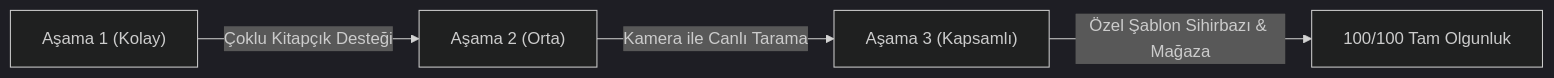
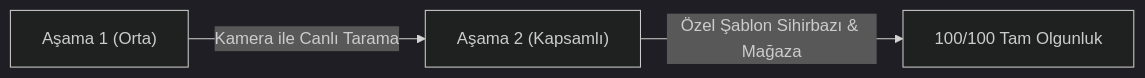
One commit to emirtdede/Optical-Form-Reader changed the diagram in docs/gelecek-hedefler-ve-yol-haritasi.md. Above: the diagram before and after it, drawn with Mermaid (dark theme). The commit also changed other lines of this file and 13 other files, not shown here.

````diff
--- a/docs/gelecek-hedefler-ve-yol-haritasi.md
+++ b/docs/gelecek-hedefler-ve-yol-haritasi.md
@@ -14,6 +14,5 @@
 ```mermaid
 flowchart LR
-    A["Aşama 1 (Kolay)"] -->|Çoklu Kitapçık Desteği| B["Aşama 2 (Orta)"]
-    B -->|Kamera ile Canlı Tarama| C["Aşama 3 (Kapsamlı)"]
-    C -->|Özel Şablon Sihirbazı & Mağaza| D["100/100 Tam Olgunluk"]
+    A["Aşama 1 (Orta)"] -->|Kamera ile Canlı Tarama| B["Aşama 2 (Kapsamlı)"]
+    B -->|Özel Şablon Sihirbazı & Mağaza| C["100/100 Tam Olgunluk"]
 ```
````
